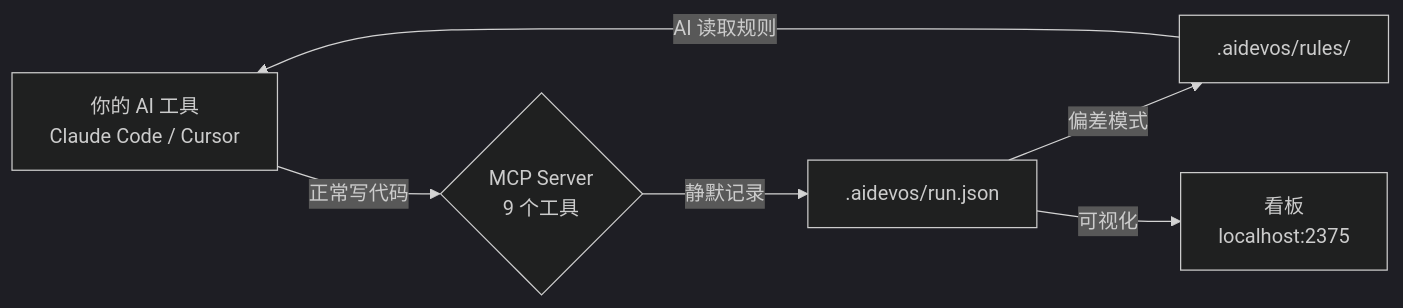
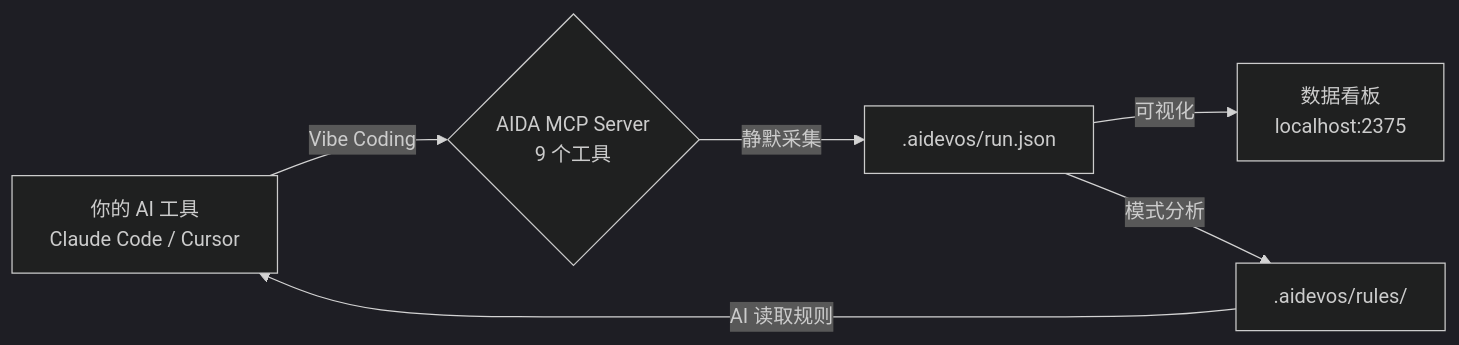
Before and after one commit to LWTlong/aida: the diagram in README.zh-CN.md, drawn with Mermaid (dark theme). The commit also changed other lines of this file and 15 other files, not shown here.

````diff
--- a/README.zh-CN.md
+++ b/README.zh-CN.md
@@ -232,8 +230,8 @@
 ```mermaid
 flowchart LR
-    A["你的 AI 工具\nClaude Code / Cursor"] -->|正常写代码| B{"MCP Server\n9 个工具"}
-    B -->|静默记录| C[".aidevos/run.json"]
-    C -->|偏差模式| D[".aidevos/rules/"]
-    C -->|可视化| E["看板\nlocalhost:2375"]
-    D -->|AI 读取规则| A
+    A["你的 AI 工具\nClaude Code / Cursor"] -->|Vibe Coding| B{"AIDA MCP Server\n9 个工具"}
+    B -->|静默采集| C[".aidevos/run.json"]
+    C -->|可视化| D["数据看板\nlocalhost:2375"]
+    C -->|模式分析| E[".aidevos/rules/"]
+    E -->|AI 读取规则| A
 ```
````
